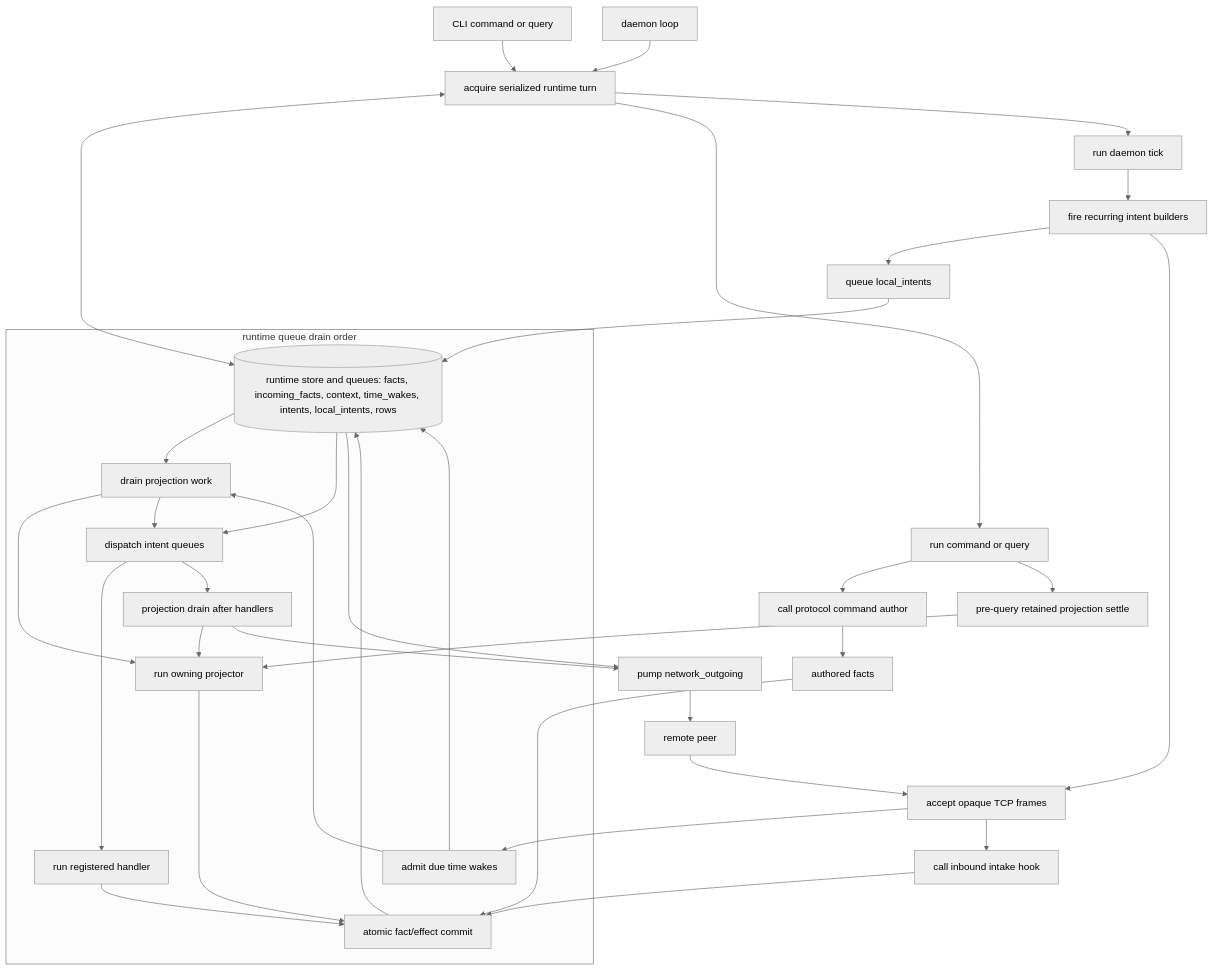
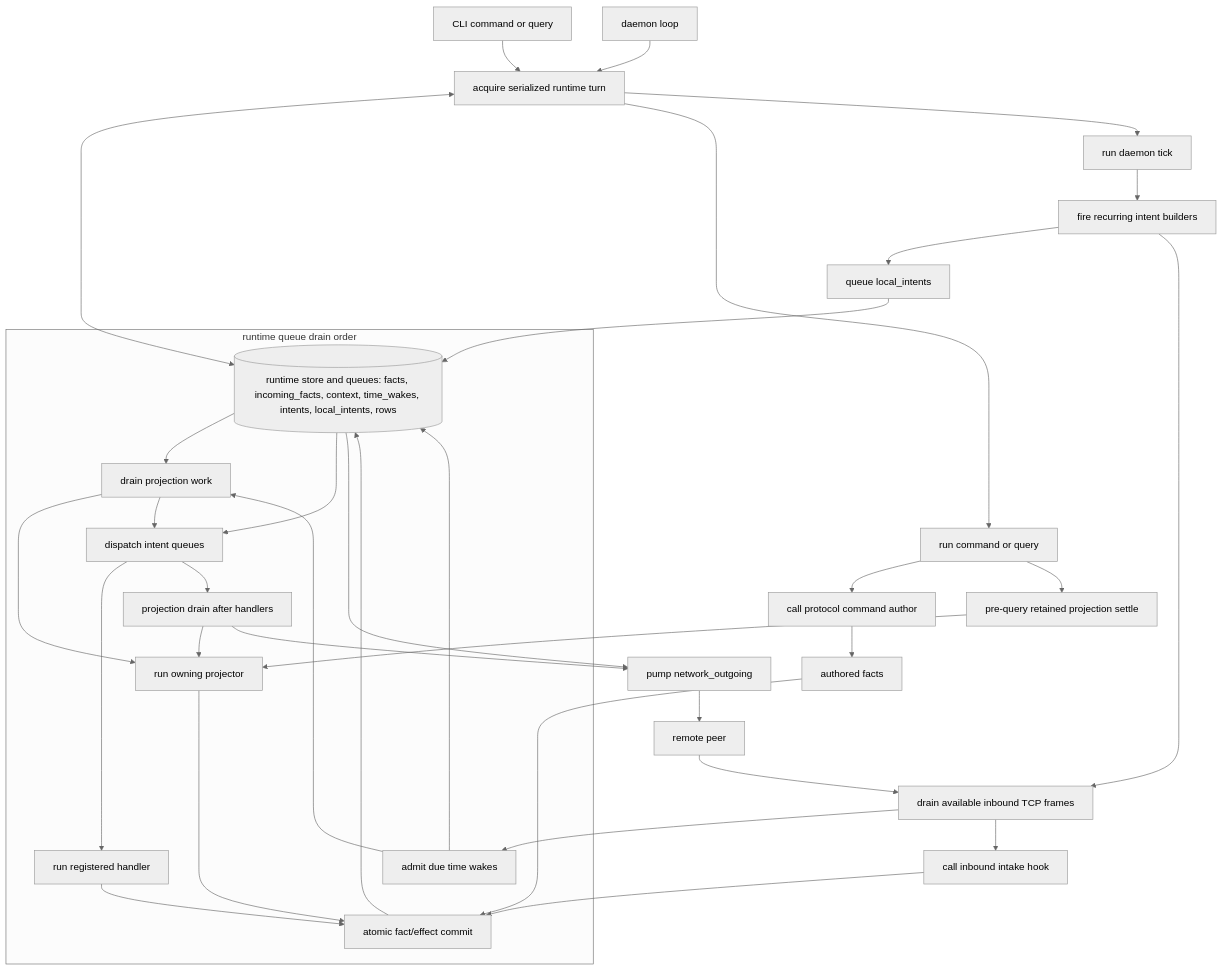
The first of 5 diagrams in ARCHITECTURE_DIAGRAMS.md (holmesworcester/poc-10), drawn with Mermaid (neutral theme) before and after one commit. The commit also changed 1 other file, not shown here.

Commit message:
Clarify tick-scoped inbound drain

````diff
--- a/ARCHITECTURE_DIAGRAMS.md
+++ b/ARCHITECTURE_DIAGRAMS.md
@@ -15,43 +15,43 @@
 ```mermaid
 %%{init: {"flowchart": {"wrappingWidth": 320}} }%%
 flowchart TD
     CLI["CLI command or query"] --> TURN["acquire serialized runtime turn"]
     DAEMON["daemon loop"] --> TURN
     TURN <--> STORE[("runtime store and queues: facts, incoming_facts, context, time_wakes, intents, local_intents, rows")]
 
     TURN --> COMMAND_PATH["run command or query"]
     COMMAND_PATH --> COMMANDS["call protocol command author"]
     COMMANDS --> COMMAND_FACTS["authored facts"]
     COMMAND_FACTS --> COMMIT["atomic fact/effect commit"]
     COMMAND_PATH --> PREQUERY["pre-query retained projection settle"]
     PREQUERY --> PROJECTOR
 
     TURN --> DAEMON_PATH["run daemon tick"]
     DAEMON_PATH --> FIRE["fire recurring intent builders"]
     FIRE --> LOCAL_QUEUE["queue local_intents"]
     LOCAL_QUEUE --> STORE
-    FIRE --> NET_IN["accept opaque TCP frames"]
+    FIRE --> NET_IN["drain available inbound TCP frames"]
     NET_IN --> INTAKE["call inbound intake hook"]
     INTAKE --> COMMIT
     NET_IN --> TIME["admit due time wakes"]
     TIME --> STORE
 
     subgraph DRAIN["runtime queue drain order"]
       TIME --> PROJECTION_A["drain projection work"]
       STORE --> PROJECTION_A
       PROJECTION_A --> PROJECTOR["run owning projector"]
       PROJECTOR --> COMMIT
       PROJECTION_A --> DISPATCH["dispatch intent queues"]
       STORE --> DISPATCH
       DISPATCH --> HANDLERS["run registered handler"]
       HANDLERS --> COMMIT
       DISPATCH --> PROJECTION_B["projection drain after handlers"]
       PROJECTION_B --> PROJECTOR
     end
 
     COMMIT --> STORE
     PROJECTION_B --> NET_OUT["pump network_outgoing"]
     STORE --> NET_OUT
     NET_OUT --> PEER["remote peer"]
     PEER --> NET_IN
 ```
````
